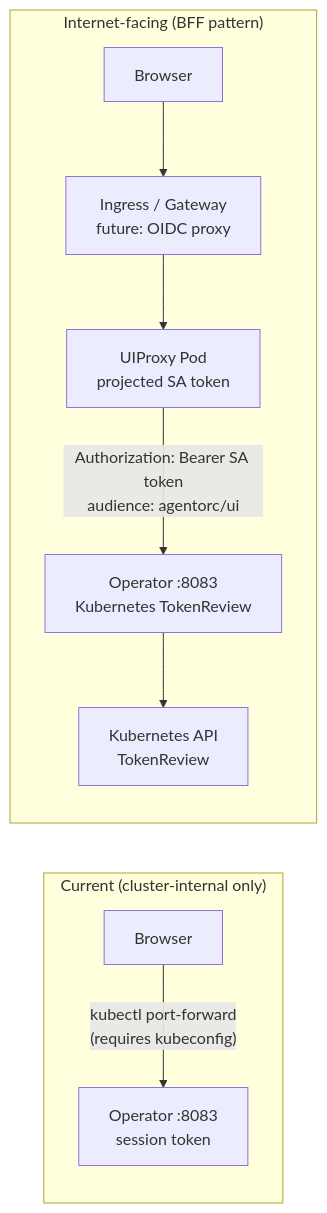
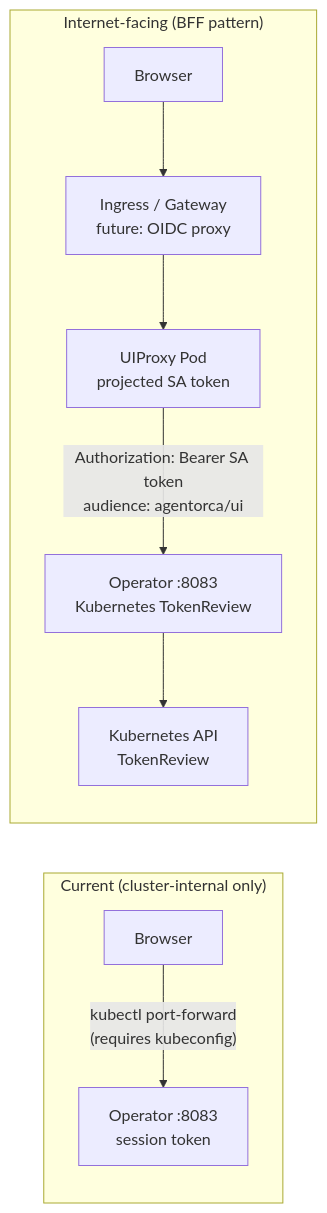
One commit to heddles/agent-orca changed the first of 3 diagrams in docs/auth.md. Above: the diagram before and after it, drawn with Mermaid. The commit also changed other lines of this file and 343 other files, not shown here.

````diff
--- a/docs/auth.md
+++ b/docs/auth.md
@@ -172,13 +172,13 @@
 ```mermaid
 graph LR
     subgraph "Current (cluster-internal only)"
         B1[Browser] -- "kubectl port-forward<br/>(requires kubeconfig)" --> U1[Operator :8083<br/>session token]
     end
 
     subgraph "Internet-facing (BFF pattern)"
         B2[Browser] --> I[Ingress / Gateway<br/>future: OIDC proxy]
         I --> P[UIProxy Pod<br/>projected SA token]
-        P -- "Authorization: Bearer SA token<br/>audience: agentorc/ui" --> U2[Operator :8083<br/>Kubernetes TokenReview]
+        P -- "Authorization: Bearer SA token<br/>audience: agentorca/ui" --> U2[Operator :8083<br/>Kubernetes TokenReview]
         U2 --> K[Kubernetes API<br/>TokenReview]
     end
 ```
````
